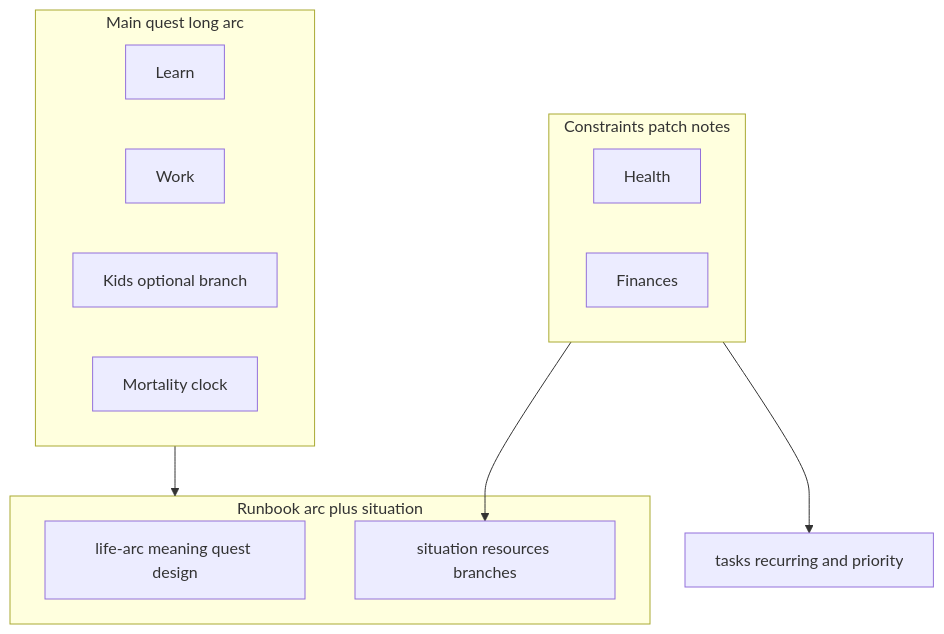
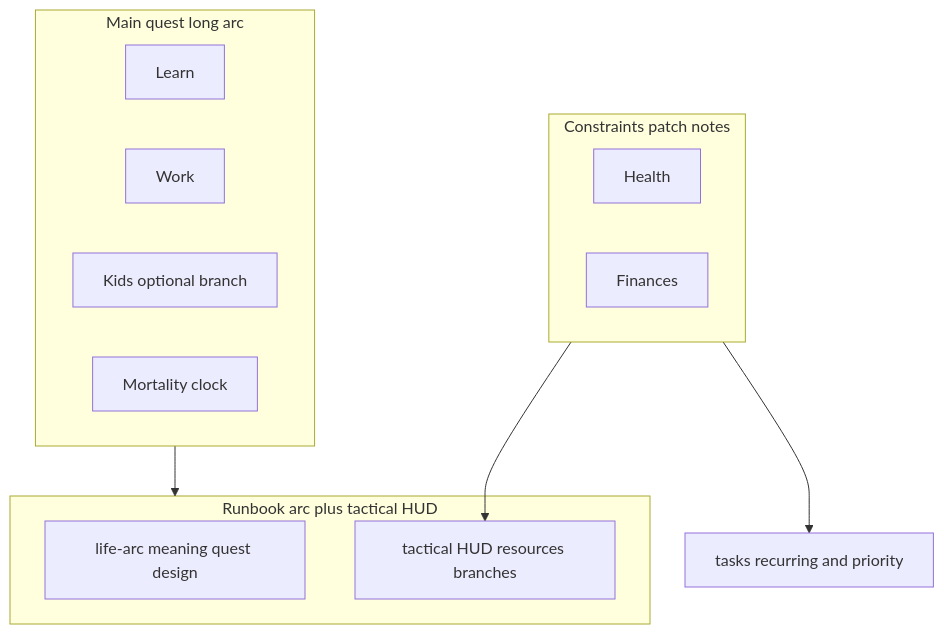
The second of 2 diagrams in theories/life-arc.md (gardusig/notes), drawn with Mermaid before and after one commit. The commit also changed other lines of this file and 8 other files, not shown here.

````diff
--- a/theories/life-arc.md
+++ b/theories/life-arc.md
@@ -88,23 +88,23 @@
 ```mermaid
 flowchart TB
   subgraph mq [Main quest long arc]
     L[Learn]
     W[Work]
     K[Kids optional branch]
     M[Mortality clock]
   end
 
-  subgraph rb [Runbook arc plus situation]
+  subgraph rb [Runbook arc plus tactical HUD]
     F[life-arc meaning quest design]
-    Sit[situation resources branches]
+    Sit[tactical HUD resources branches]
   end
 
   subgraph deps [Constraints patch notes]
     HP[Health]
     GP[Finances]
   end
 
   mq --> rb
   deps --> Sit
   deps --> routineNode[tasks recurring and priority]
 ```
````
